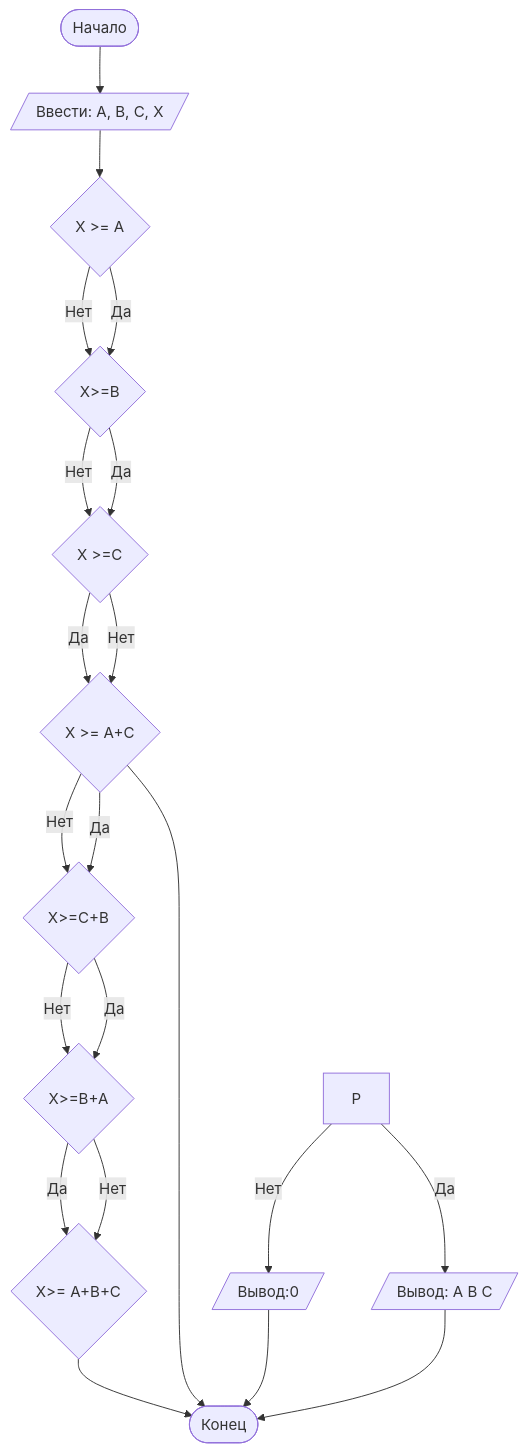
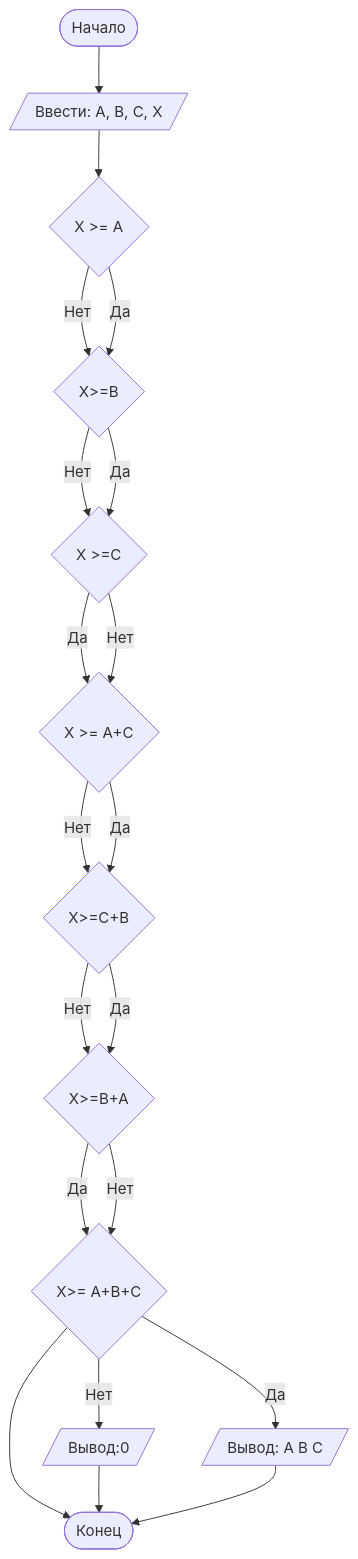
The diagram in README.md (nr41354-lang/Lab1), drawn with Mermaid before and after one commit. The commit also changed other lines of this file, not shown here.

````diff
--- a/README.md
+++ b/README.md
@@ -95,24 +95,23 @@
 ```mermaid
 graph TD
     A([Начало]) --> B[/Ввести: A, B, C, X/]
     B --> C{X >= A}
     C -- Нет --> D{X >= B}
     D -- Нет --> E{X >= C}
     D -- Да --> E{X >=C}
     C -- Да --> D{X>=B}
 E--Да--> J{X>=A+C}
     E -- Нет --> J{X >= A+C}
 J--Нет--> K{X >= C+B}
 K--Нет--> L{X >= B+A}
 J--Да--> K{X>=C+B}
 K--Да--> L{X>=B+A}
 L--Да--> O{X>=A+B+C}
 L--Нет--> O{X>= A+B+C}
-P--Да--> Q[/Вывод: A B C/]
-P--Нет--> R[/Вывод:0/]
+O--Да--> Q[/Вывод: A B C/]
+O--Нет--> R[/Вывод:0/]
 O-->Z
-J-->Z
     R --> Z
     Q --> Z([Конец])
 
 ```
````
